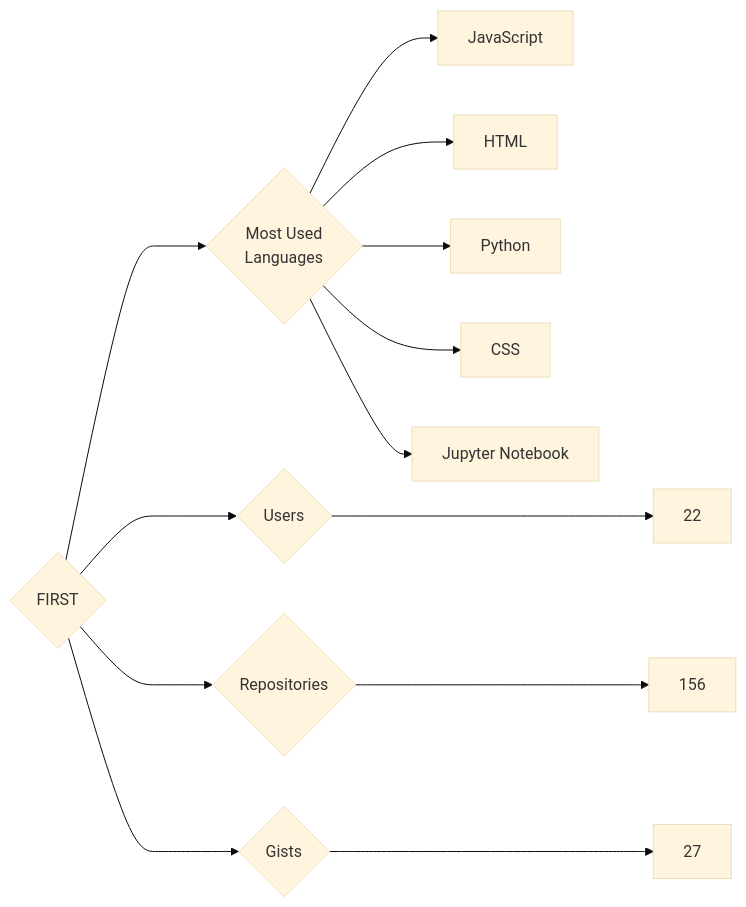
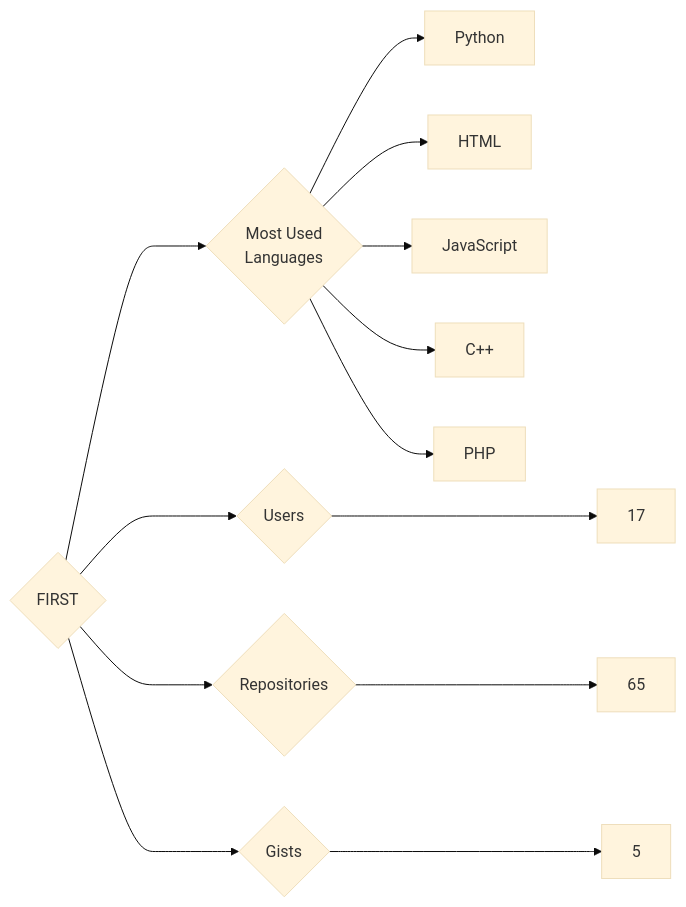
Before and after one commit to trickest/insiders: the diagram in targets/FIRST/README.md, drawn with Mermaid (base theme). The commit also changed 723 other files, not shown here.

````diff
--- a/targets/FIRST/README.md
+++ b/targets/FIRST/README.md
@@ -3,13 +3,13 @@
 ```mermaid
 graph LR
 COMPANY_NAME{FIRST}
-COMPANY_NAME ---> U{Users} ---> UN[22]
-COMPANY_NAME ---> R{Repositories} ---> RN[156]
-COMPANY_NAME ---> G{Gists} ---> GN[27]
+COMPANY_NAME ---> U{Users} ---> UN[17]
+COMPANY_NAME ---> R{Repositories} ---> RN[65]
+COMPANY_NAME ---> G{Gists} ---> GN[5]
 COMPANY_NAME ---> ML{Most Used<br>Languages}
+ML --> Python[Python]
+ML --> HTML[HTML]
 ML --> JavaScript[JavaScript]
-ML --> HTML[HTML]
-ML --> Python[Python]
-ML --> CSS[CSS]
-ML --> Jupyter_Notebook[Jupyter Notebook]
+ML --> C++[C++]
+ML --> PHP[PHP]
 ```
````
